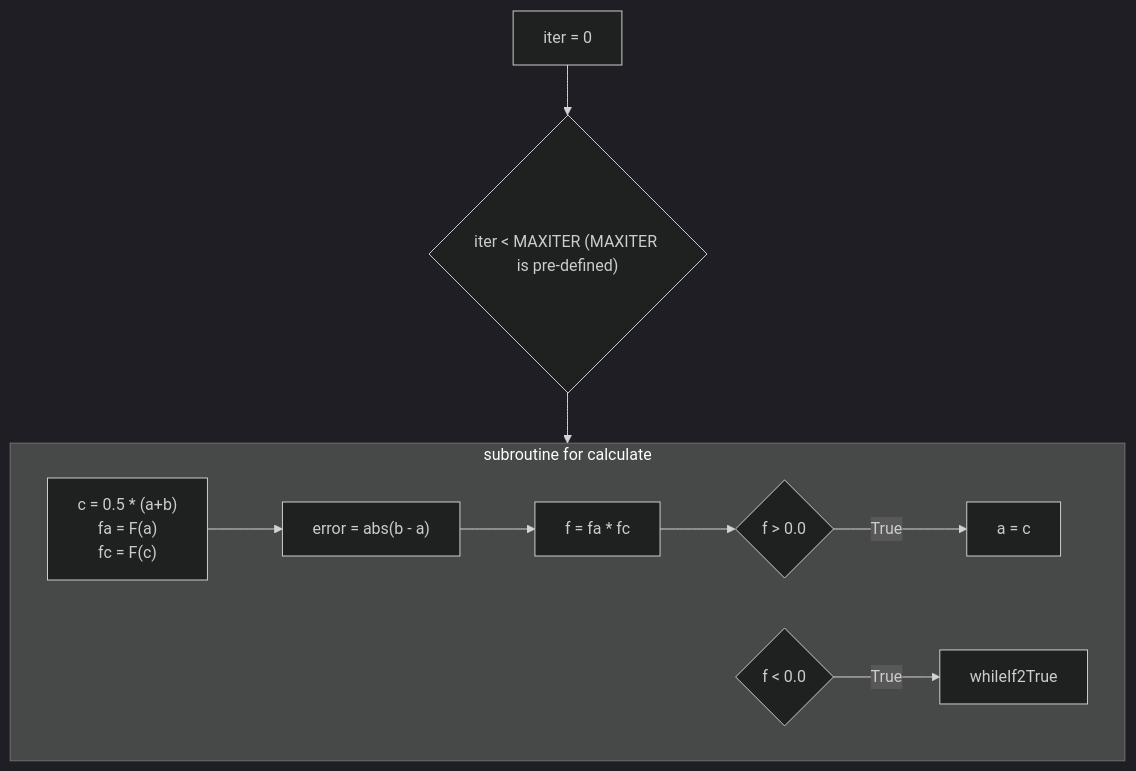
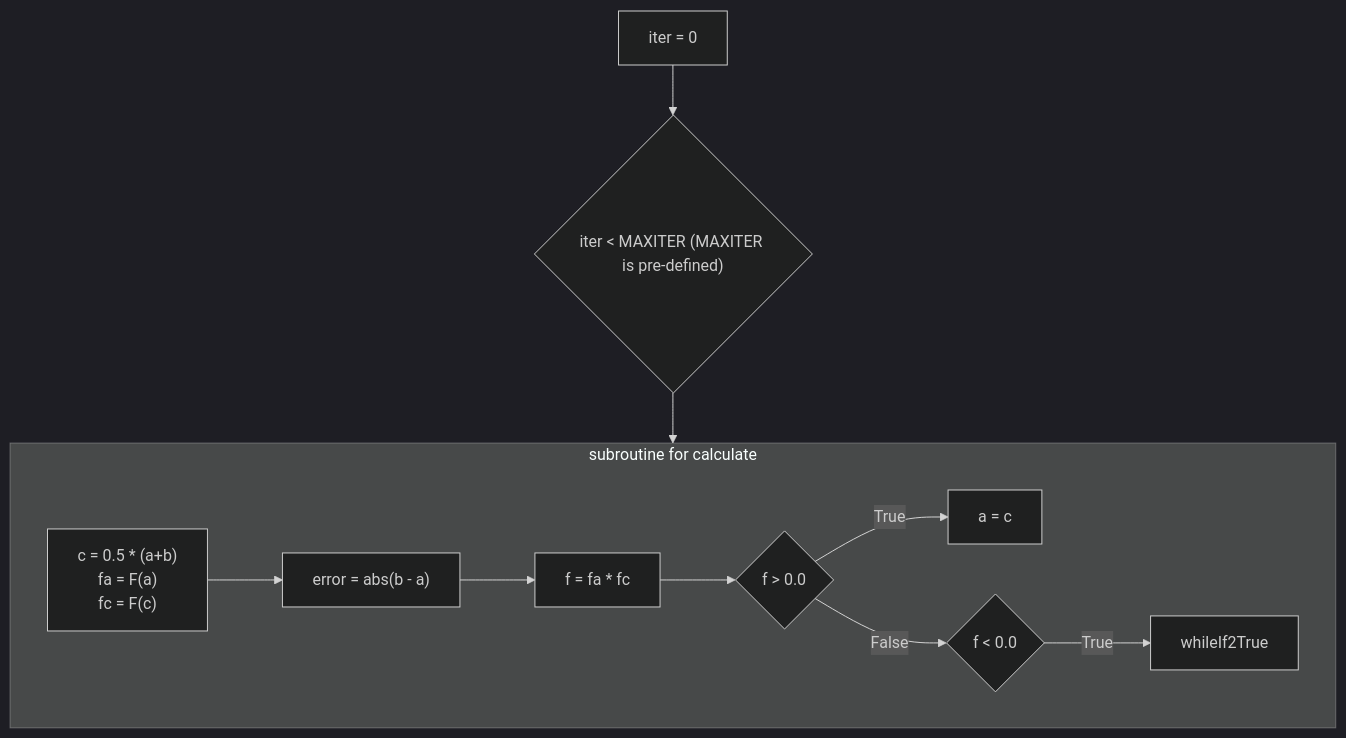
Before and after one commit to jsk0910/numerical_analysis: the diagram in Non-linear Equations/README.md, drawn with Mermaid (dark theme).

````diff
--- a/Non-linear Equations/README.md
+++ b/Non-linear Equations/README.md
@@ -26,13 +26,14 @@
 ```mermaid
 flowchart TD;
     A["iter = 0"] --> whileif
     whileif{"iter < MAXITER (MAXITER is pre-defined)"} --> while
     subgraph while ["subroutine for calculate"]
     whileB["c = 0.5 * (a+b)\n fa = F(a)\n fc = F(c)"] --> whileE
     whileE["error = abs(b - a)"] --> whileF
     whileF["f = fa * fc"] --> whileIf1
     whileIf1{"f > 0.0"} -- "True" --> whileIf1True
     whileIf1True["a = c"]
+    whileIf1 -- "False" --> whileIf2
     whileIf2{"f < 0.0"} -- "True" --> whileIf2True
     end
 ```
````
